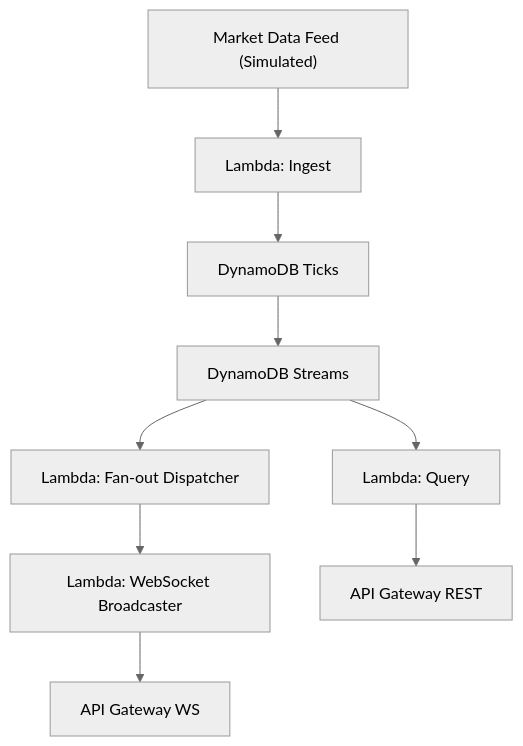
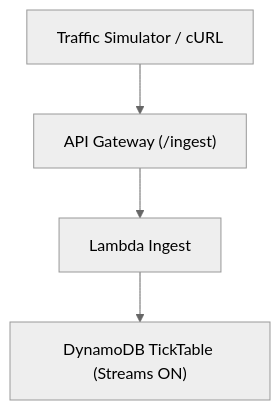
One commit to andreivince/aws-real-time-pipeline changed the diagram in README.md. Above: the diagram before and after it, drawn with Mermaid (neutral theme). The commit also changed other lines of this file and 3 other files, not shown here.

`````diff
--- a/README.md
+++ b/README.md
@@ -63,11 +39,6 @@
 ```mermaid
 graph TD
-    Feed["Market Data Feed (Simulated)"] --> LambdaIngest["Lambda: Ingest"]
-    LambdaIngest --> Dynamo["DynamoDB Ticks"]
-    Dynamo --> Stream["DynamoDB Streams"]
-    Stream --> LambdaFanout["Lambda: Fan-out Dispatcher"]
-    LambdaFanout --> LambdaWS["Lambda: WebSocket Broadcaster"]
-    LambdaWS --> ApiGWWS["API Gateway WS"]
-    Stream --> LambdaQuery["Lambda: Query"]
-    LambdaQuery --> APIGW["API Gateway REST"]
-```
+  Client["Traffic Simulator / cURL"] --> APIGW["API Gateway (/ingest)"]
+  APIGW --> LambdaIngest["Lambda Ingest"]
+  LambdaIngest --> Dynamo["DynamoDB TickTable (Streams ON)"]
+````
`````
